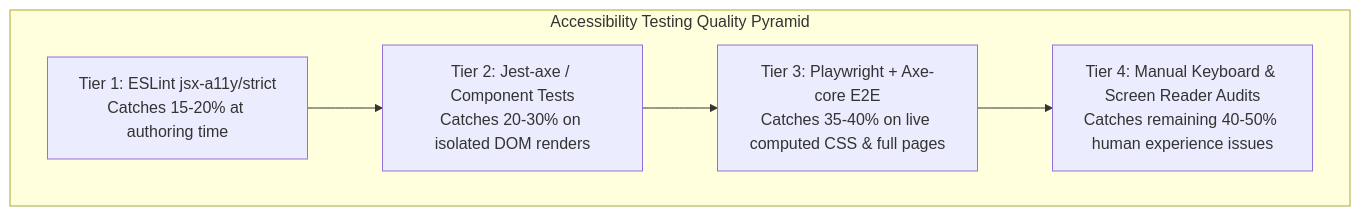
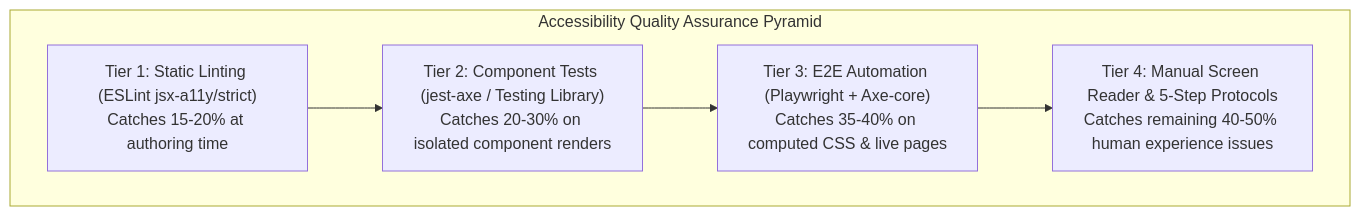
The third of 3 diagrams in Accessibility/AccessbilityTools.md (kumaratul60/System-Design), drawn with Mermaid before and after one commit. The commit also changed other lines of this file and 2 other files, not shown here.

Commit message:
refactor: update accessibility documentation with enhanced structure and authoritative resources

````diff
--- a/Accessibility/AccessbilityTools.md
+++ b/Accessibility/AccessbilityTools.md
@@ -24,11 +267,11 @@
 ```mermaid
 flowchart TD
-    subgraph Testing_Pyramid [Accessibility Testing Quality Pyramid]
-        T1[Tier 1: ESLint jsx-a11y/strict<br/>Catches 15-20% at authoring time]
-        T2[Tier 2: Jest-axe / Component Tests<br/>Catches 20-30% on isolated DOM renders]
-        T3[Tier 3: Playwright + Axe-core E2E<br/>Catches 35-40% on live computed CSS & full pages]
-        T4[Tier 4: Manual Keyboard & Screen Reader Audits<br/>Catches remaining 40-50% human experience issues]
+    subgraph Testing_Pyramid [Accessibility Quality Assurance Pyramid]
+        T1["Tier 1: Static Linting (ESLint jsx-a11y/strict)<br/>Catches 15-20% at authoring time"]
+        T2["Tier 2: Component Tests (jest-axe / Testing Library)<br/>Catches 20-30% on isolated component renders"]
+        T3["Tier 3: E2E Automation (Playwright + Axe-core)<br/>Catches 35-40% on computed CSS & live pages"]
+        T4["Tier 4: Manual Screen Reader & 5-Step Protocols<br/>Catches remaining 40-50% human experience issues"]
     end
 
     T1 --> T2 --> T3 --> T4
 ```
````
